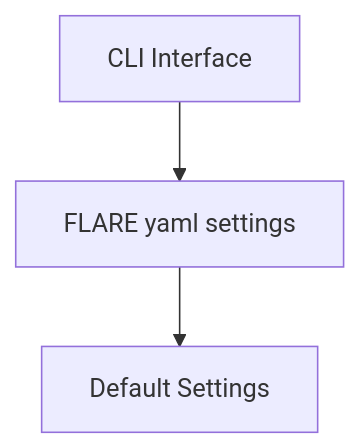
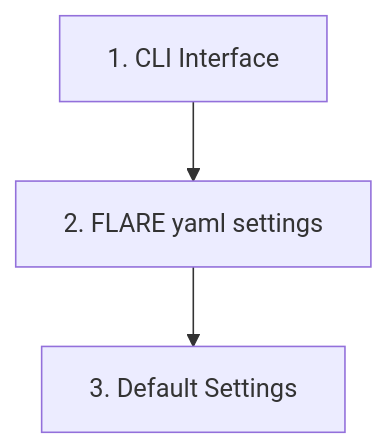
The diagram in docs/cli.md (CamCoop1/FLARE), drawn with Mermaid before and after one commit. The commit also changed other lines of this file, not shown here.

Commit message:
Finished CLI docs

````diff
--- a/docs/cli.md
+++ b/docs/cli.md
@@ -106,8 +106,8 @@
 ```mermaid
 graph TD;
-  A[CLI Interface]
-  B[FLARE yaml settings]
-  C[Default Settings]
+  A[1. CLI Interface]
+  B[2. FLARE yaml settings]
+  C[3. Default Settings]
 
   A --> B --> C
 ```
````
